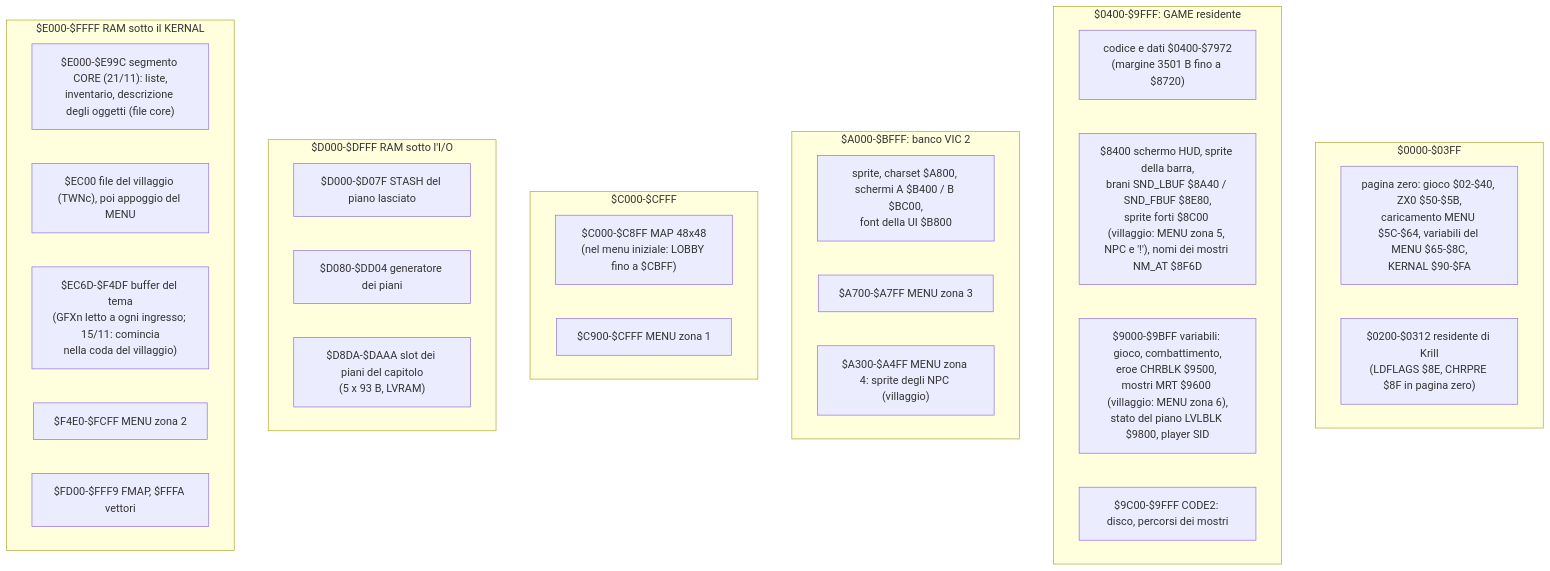
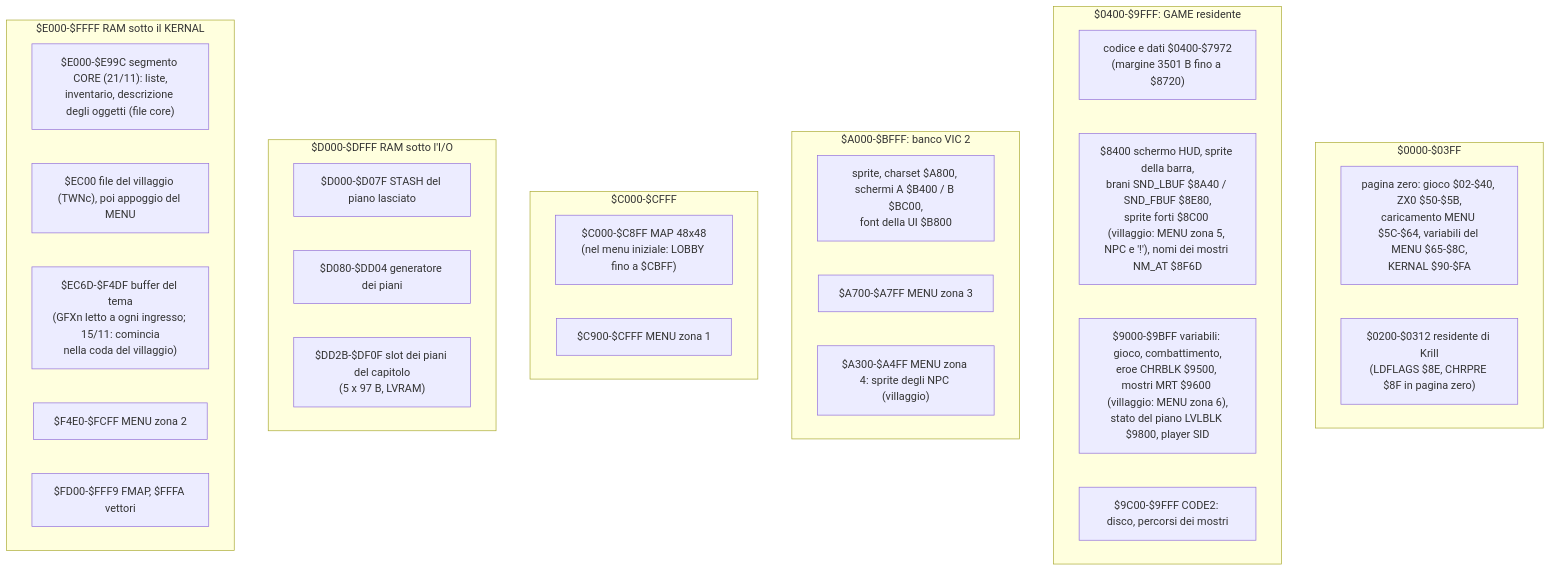
One commit to caporalesimone/barbarian-the-blood-path changed the third of 4 diagrams in docs/wiki/architettura.md. Above: the diagram before and after it, drawn with Mermaid. The commit also changed 18 other files, not shown here.

First line of the commit message:
Oggetto a 5 byte (suffisso) e file dell'eroe con i soli piani del capitolo

````diff
--- a/docs/wiki/architettura.md
+++ b/docs/wiki/architettura.md
@@ -165,34 +165,34 @@
 ```mermaid
 flowchart TB
     subgraph R0["$0000-$03FF"]
         ZP["pagina zero: gioco $02-$40, ZX0 $50-$5B,<br/>caricamento MENU $5C-$64, variabili del MENU $65-$8C,<br/>KERNAL $90-$FA"]
         LDF["$0200-$0312 residente di Krill<br/>(LDFLAGS $8E, CHRPRE $8F in pagina zero)"]
     end
     subgraph R1["$0400-$9FFF: GAME residente"]
         CODE["codice e dati $0400-$7972<br/>(margine 3501 B fino a $8720)"]
         HUDS["$8400 schermo HUD, sprite della barra,<br/>brani SND_LBUF $8A40 / SND_FBUF $8E80,<br/>sprite forti $8C00 (villaggio: MENU zona 5, NPC e '!'), nomi dei mostri NM_AT $8F6D"]
         VARS["$9000-$9BFF variabili: gioco, combattimento,<br/>eroe CHRBLK $9500, mostri MRT $9600 (villaggio: MENU zona 6),<br/>stato del piano LVLBLK $9800, player SID"]
         C2["$9C00-$9FFF CODE2: disco, percorsi dei mostri"]
     end
     subgraph R2["$A000-$BFFF: banco VIC 2"]
         VIC["sprite, charset $A800, schermi A $B400 / B $BC00,<br/>font della UI $B800"]
         Z3["$A700-$A7FF MENU zona 3"]
         Z4["$A300-$A4FF MENU zona 4: sprite degli NPC (villaggio)"]
     end
     subgraph R3["$C000-$CFFF"]
         MAP["$C000-$C8FF MAP 48x48<br/>(nel menu iniziale: LOBBY fino a $CBFF)"]
         Z1["$C900-$CFFF MENU zona 1"]
     end
     subgraph R4["$D000-$DFFF RAM sotto l'I/O"]
         STA["$D000-$D07F STASH del piano lasciato"]
         GEN["$D080-$DD04 generatore dei piani"]
-        SLT["$D8DA-$DAAA slot dei piani del capitolo<br/>(5 x 93 B, LVRAM)"]
+        SLT["$DD2B-$DF0F slot dei piani del capitolo<br/>(5 x 97 B, LVRAM)"]
     end
     subgraph R5["$E000-$FFFF RAM sotto il KERNAL"]
         CORE["$E000-$E99C segmento CORE (21/11): liste,<br/>inventario, descrizione degli oggetti (file core)"]
         CT["$EC00 file del villaggio (TWNc), poi appoggio del MENU"]
         CD["$EC6D-$F4DF buffer del tema<br/>(GFXn letto a ogni ingresso; 15/11: comincia<br/>nella coda del villaggio)"]
         Z2["$F4E0-$FCFF MENU zona 2"]
         FM["$FD00-$FFF9 FMAP, $FFFA vettori"]
     end
 ```
````
